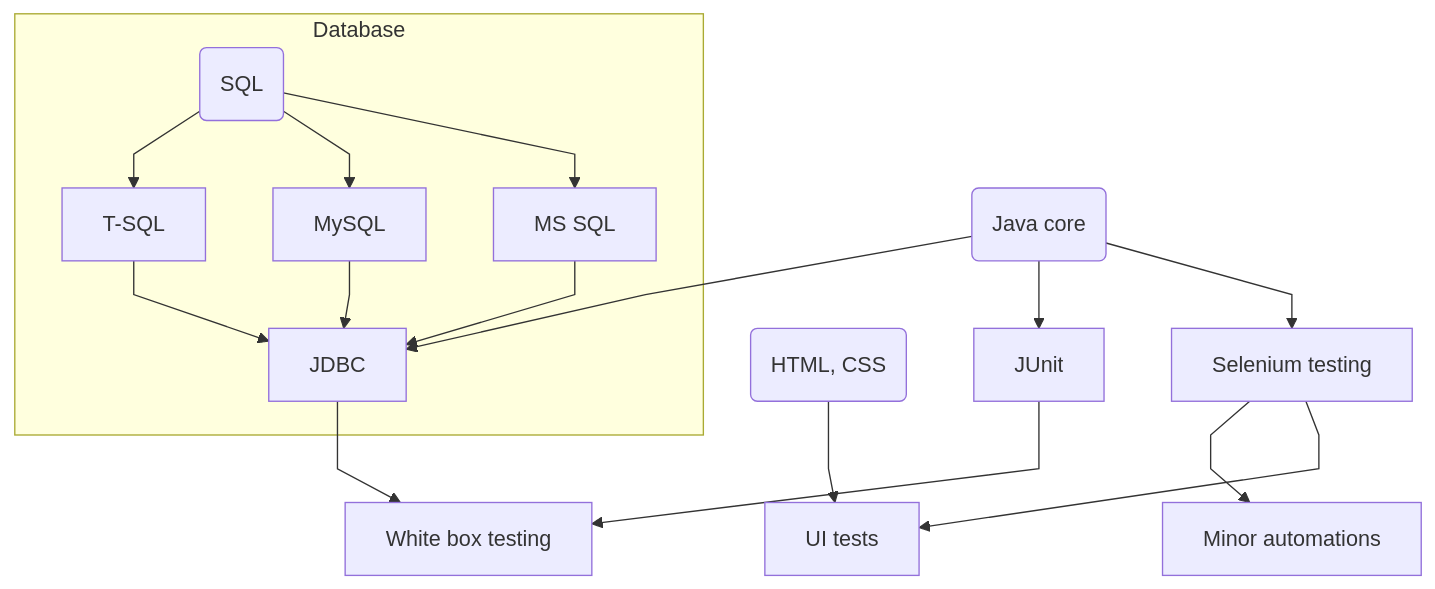
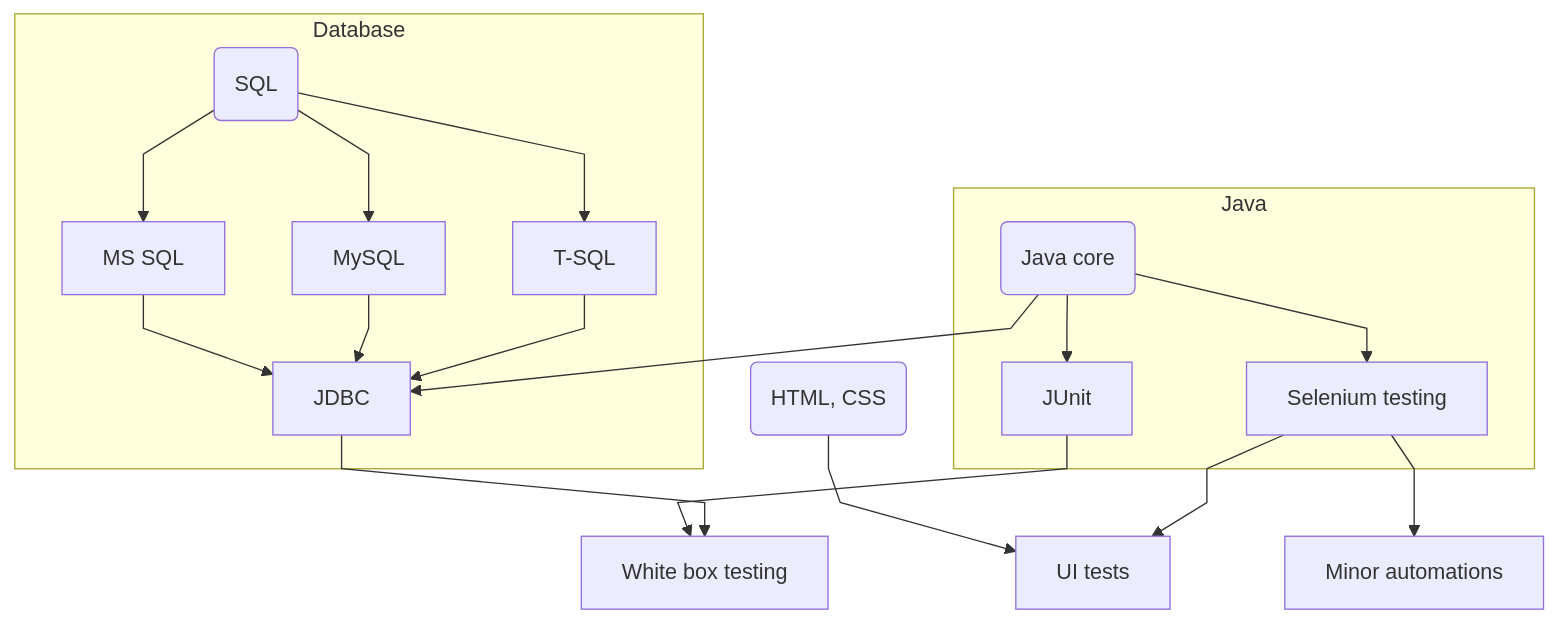
The diagram in README.md (Eekain/Eekain), drawn with Mermaid before and after one commit.

````diff
--- a/README.md
+++ b/README.md
@@ -19,13 +19,17 @@
 ```mermaid
   %%{init: { "flowchart": { "htmlLabels": true, "curve": "linear" } } }%%
   graph TD;
       D(HTML, CSS) --> E[UI tests];
-      A(Java core) --> B[Selenium testing];
+      subgraph Java
+        A(Java core) --> B[Selenium testing];
+        A --> L[JUnit];
+      end
+      L--> K[White box testing];
       B --> E & F[Minor automations];
       subgraph Database
         C(SQL) --> H[MS SQL] & I[MySQL] & J[T-SQL];
         H --> G[JDBC];
       end
-      A --> L[JUnit] --> K[White box testing];
+      
       A & I & J--> G --> K;
 ```
````
